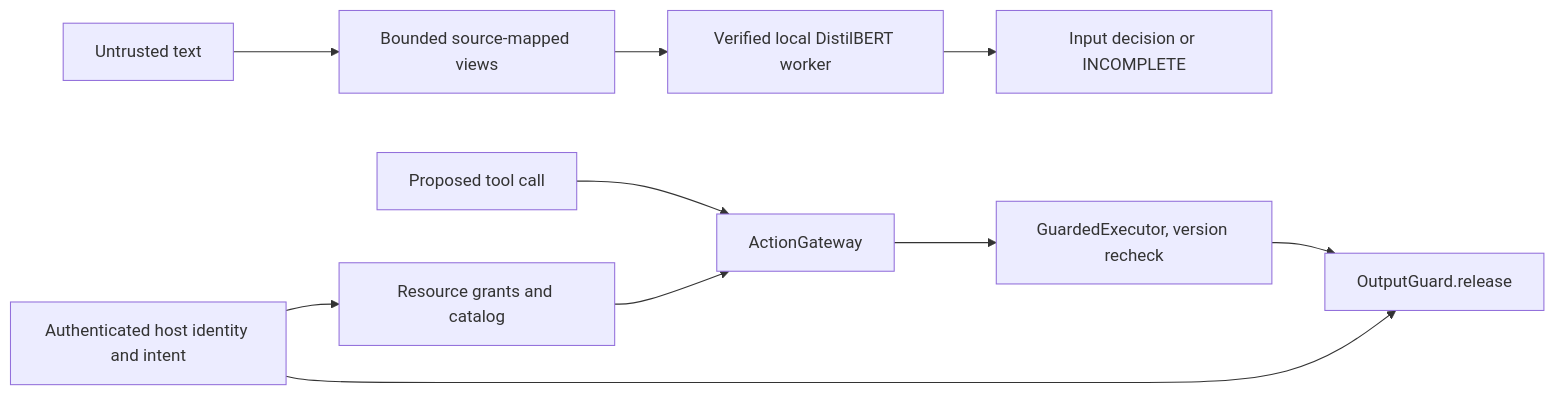
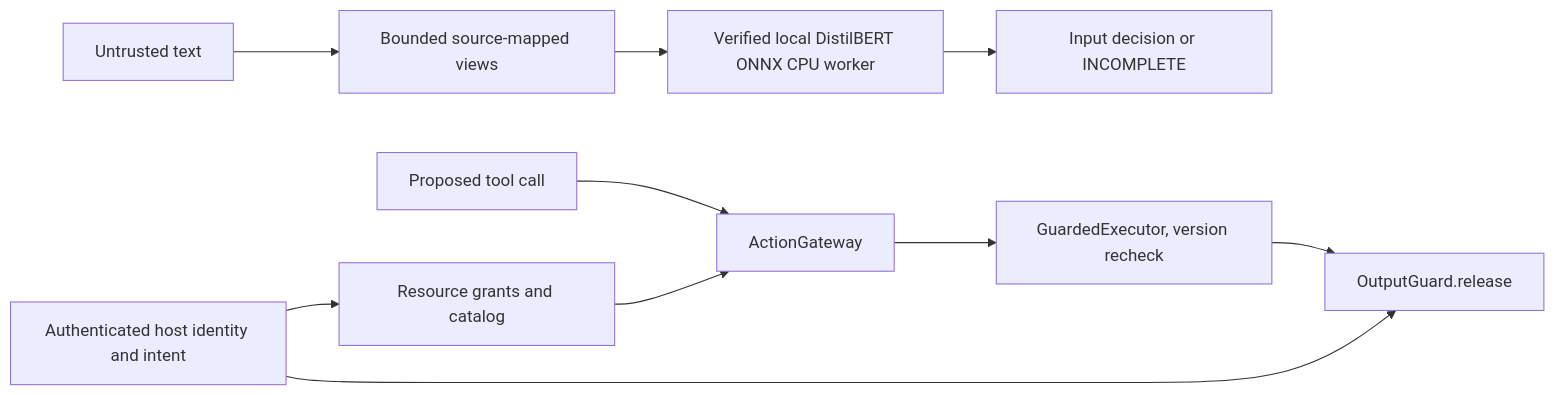
One commit to namelessweakl1ng/kjnlae changed the diagram in docs/architecture.md. Above: the diagram before and after it, drawn with Mermaid. The commit also changed other lines of this file and 13 other files, not shown here.

````diff
--- a/docs/architecture.md
+++ b/docs/architecture.md
@@ -3,12 +3,12 @@
 ```mermaid
 flowchart LR
   Text[Untrusted text] --> Prep[Bounded source-mapped views]
-  Prep --> Model[Verified local DistilBERT worker]
+  Prep --> Model[Verified local DistilBERT ONNX CPU worker]
   Model --> Policy[Input decision or INCOMPLETE]
   Host[Authenticated host identity and intent] --> Grants[Resource grants and catalog]
   Proposal[Proposed tool call] --> Gateway[ActionGateway]
   Grants --> Gateway
   Gateway --> Exec[GuardedExecutor, version recheck]
   Exec --> Release[OutputGuard.release]
   Host --> Release
 ```
````
